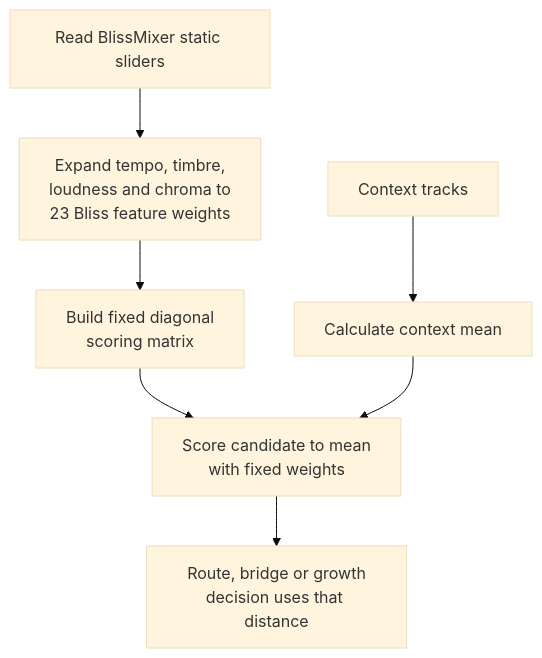
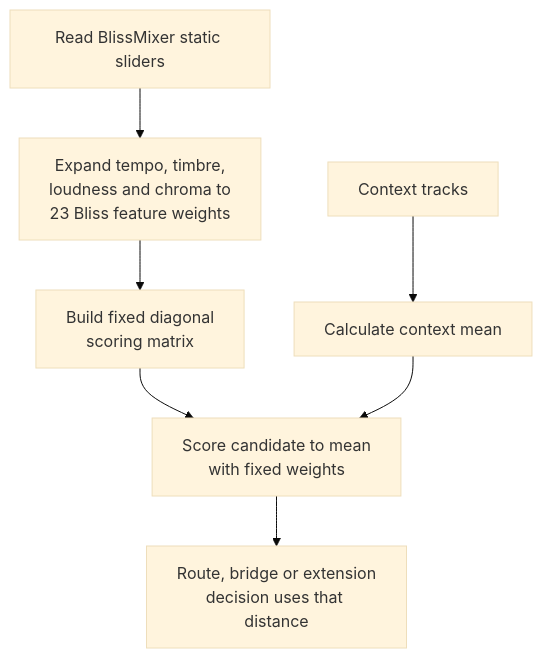
Before and after one commit to chrober/lms-better-call-bliss: the eighth of 8 diagrams in ALGORITHMS.md, drawn with Mermaid (base theme). The commit also changed other lines of this file, not shown here.

```diff
--- a/ALGORITHMS.md
+++ b/ALGORITHMS.md
@@ -491,9 +491,9 @@
 ~~~mermaid
 flowchart TD
     A["Read BlissMixer static sliders"] --> B["Expand tempo, timbre,<br/>loudness and chroma to<br/>23 Bliss feature weights"]
     B --> C["Build fixed diagonal<br/>scoring matrix"]
     D["Context tracks"] --> E["Calculate context mean"]
     C --> F["Score candidate to mean<br/>with fixed weights"]
     E --> F
-    F --> G["Route, bridge or growth<br/>decision uses that distance"]
+    F --> G["Route, bridge or extension<br/>decision uses that distance"]
 ~~~
```
